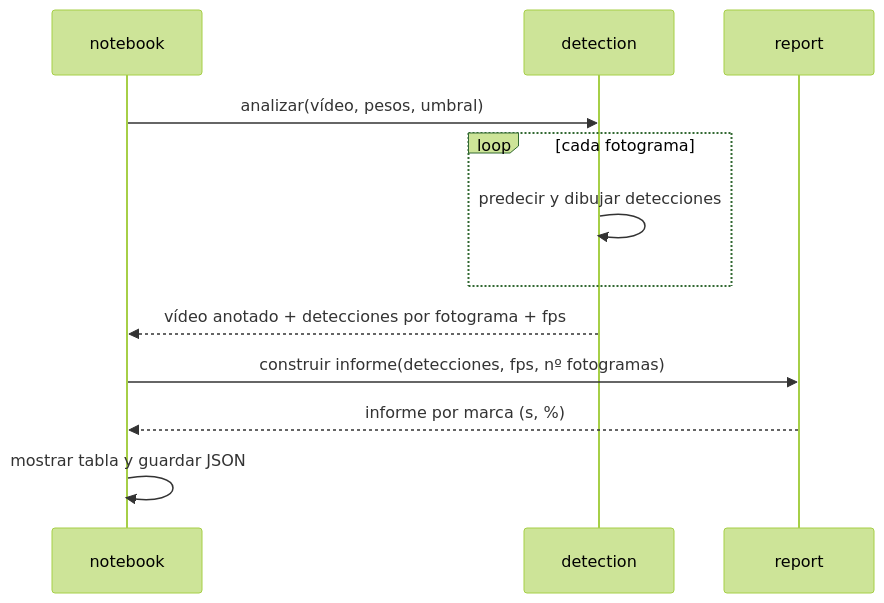
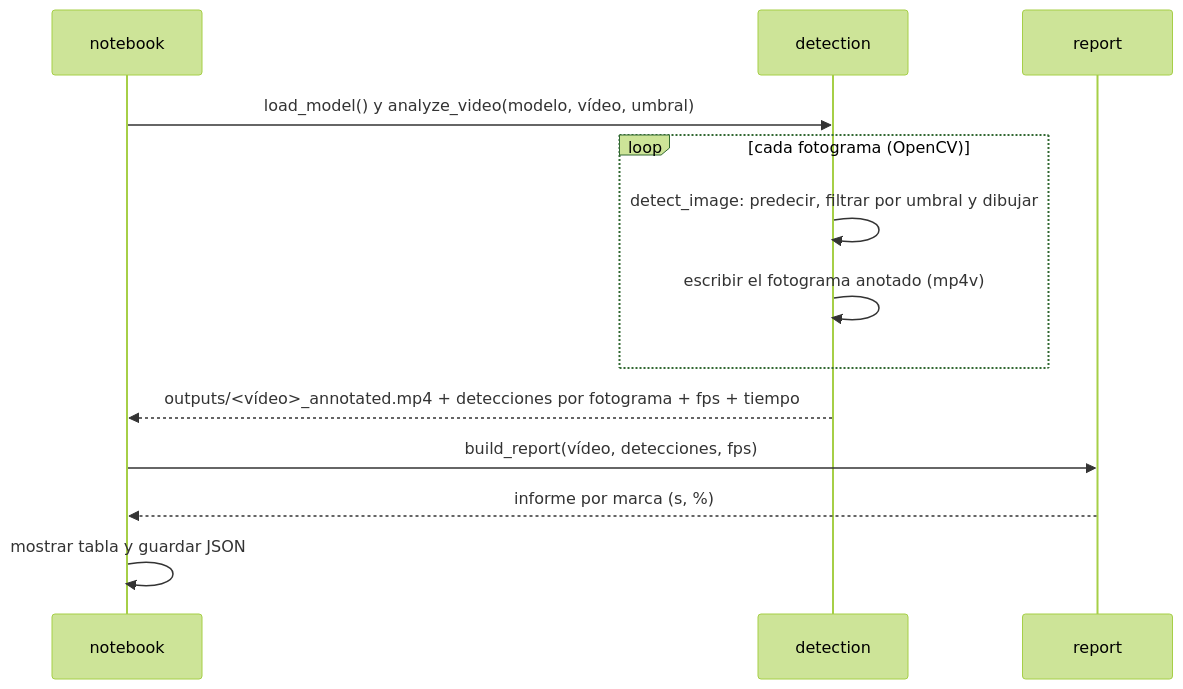
Before and after one commit to Glezino/ai-computer-vision: the second of 2 diagrams in docs/ARCHITECTURE.md, drawn with Mermaid (forest theme). The commit also changed other lines of this file, not shown here.

Commit message:
docs: describe the video analysis flow and its processing time

````diff
--- a/docs/ARCHITECTURE.md
+++ b/docs/ARCHITECTURE.md
@@ -69,14 +69,15 @@
 ```mermaid
 sequenceDiagram
     participant N as notebook
     participant D as detection
     participant R as report
-    N->>D: analizar(vídeo, pesos, umbral)
-    loop cada fotograma
-        D->>D: predecir y dibujar detecciones
+    N->>D: load_model() y analyze_video(modelo, vídeo, umbral)
+    loop cada fotograma (OpenCV)
+        D->>D: detect_image: predecir, filtrar por umbral y dibujar
+        D->>D: escribir el fotograma anotado (mp4v)
     end
-    D-->>N: vídeo anotado + detecciones por fotograma + fps
-    N->>R: construir informe(detecciones, fps, nº fotogramas)
+    D-->>N: outputs/<vídeo>_annotated.mp4 + detecciones por fotograma + fps + tiempo
+    N->>R: build_report(vídeo, detecciones, fps)
     R-->>N: informe por marca (s, %)
     N->>N: mostrar tabla y guardar JSON
 ```
````
